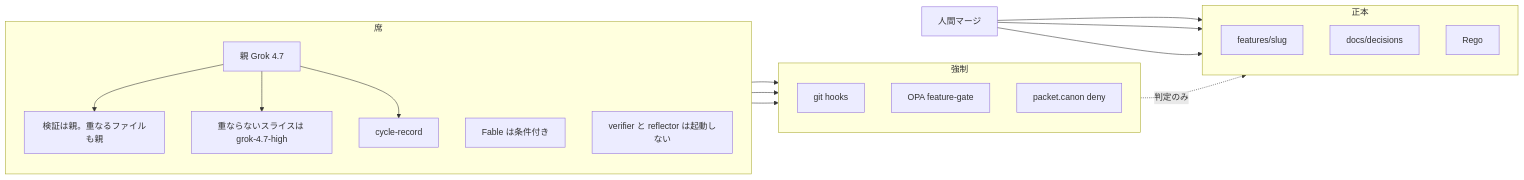
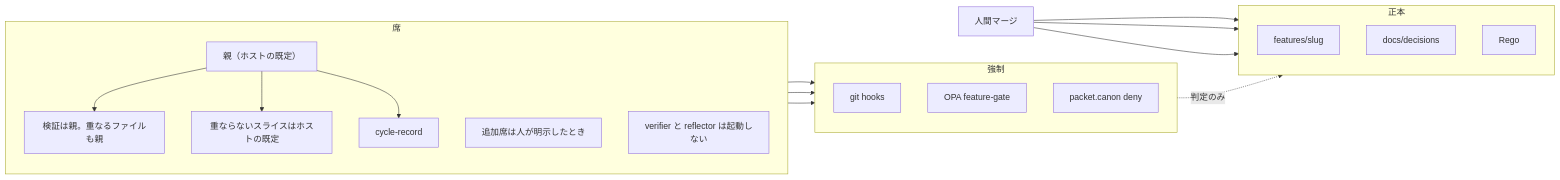
The diagram in docs/architecture/runtime-overview.mmd (marumo333/SuiteLLM), drawn with Mermaid before and after one commit. The commit also changed 26 other files, not shown here.

```diff
--- a/docs/architecture/runtime-overview.mmd
+++ b/docs/architecture/runtime-overview.mmd
@@ -1,35 +1,35 @@
 flowchart LR
   subgraph seats["席"]
     direction TB
-    G["親 Grok 4.7"]
+    G["親（ホストの既定）"]
     IMP["検証は親。重なるファイルも親"]
-    PAR["重ならないスライスは grok-4.7-high"]
+    PAR["重ならないスライスはホストの既定"]
     Rec["cycle-record"]
-    BA["Fable は条件付き"]
+    BA["追加席は人が明示したとき"]
     OFF["verifier と reflector は起動しない"]
   end
 
   subgraph force["強制"]
     direction TB
     Hook["git hooks"]
     Gate["OPA feature-gate"]
     Packet["packet.canon deny"]
   end
 
   subgraph canon["正本"]
     direction TB
     Beh["features/slug"]
     Docs["docs/decisions"]
     Policy["Rego"]
   end
 
   G --> IMP
   G --> PAR
   IMP --> Hook
   IMP --> Gate
   Gate -.->|"判定のみ"| Policy
   G --> Rec
   Rec --> Packet["packet.canon deny"]
   HM["人間マージ"] --> Beh
   HM --> Docs
   HM --> Policy
```
